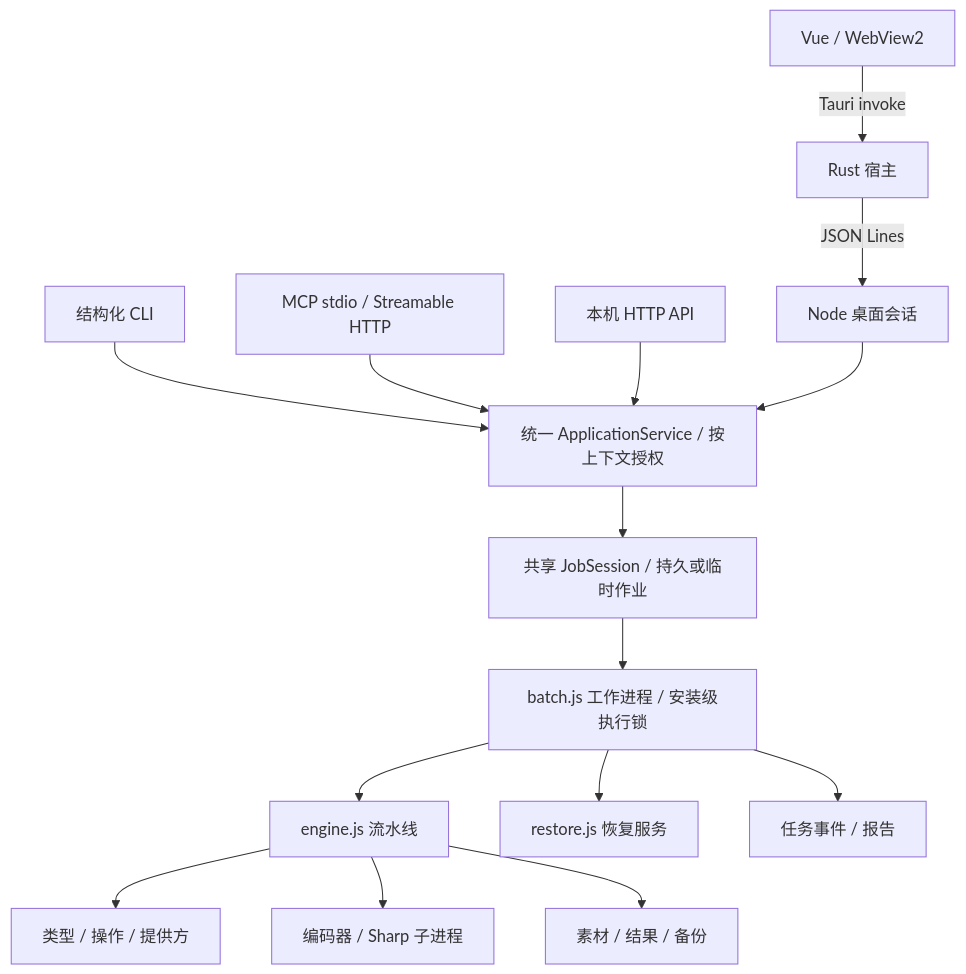
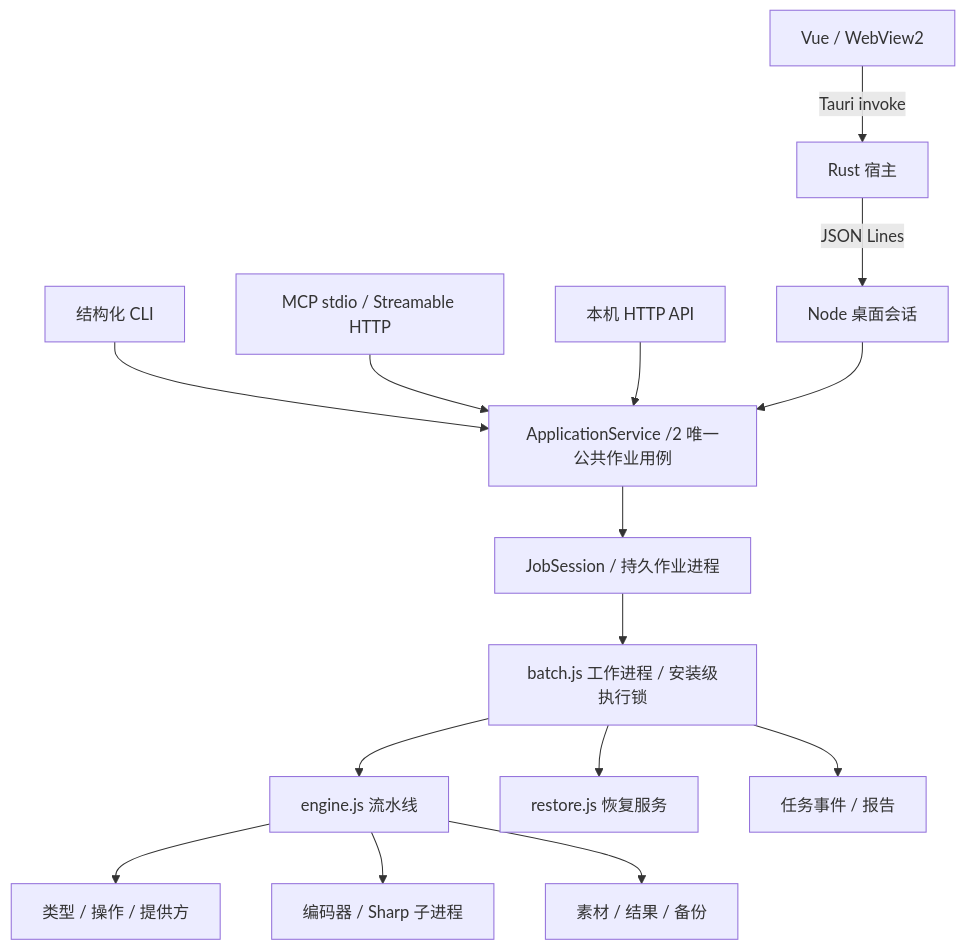
The diagram in docs/architecture/overview.md (ISQIShI/AssetToolbox), drawn with Mermaid before and after one commit. The commit also changed other lines of this file and 56 other files, not shown here.

````diff
--- a/docs/architecture/overview.md
+++ b/docs/architecture/overview.md
@@ -7,17 +7,17 @@
 ```mermaid
 flowchart TD
     UI[Vue / WebView2] -->|Tauri invoke| Host[Rust 宿主]
     Host -->|JSON Lines| Bridge[Node 桌面会话]
-    CLI[结构化 CLI] --> Application[统一 ApplicationService / 按上下文授权]
+    CLI[结构化 CLI] --> Application[ApplicationService /2 唯一公共作业用例]
     MCP[MCP stdio / Streamable HTTP] --> Application
     HTTP[本机 HTTP API] --> Application
     Bridge --> Application
-    Application --> Session[共享 JobSession / 持久或临时作业]
+    Application --> Session[JobSession / 持久作业进程]
     Session --> Worker[batch.js 工作进程 / 安装级执行锁]
     Worker --> Engine[engine.js 流水线]
     Engine --> Catalog[类型 / 操作 / 提供方]
     Engine --> Tool[编码器 / Sharp 子进程]
     Worker --> Restore[restore.js 恢复服务]
     Worker --> Data[任务事件 / 报告]
     Engine --> Files[素材 / 结果 / 备份]
 ```
````
